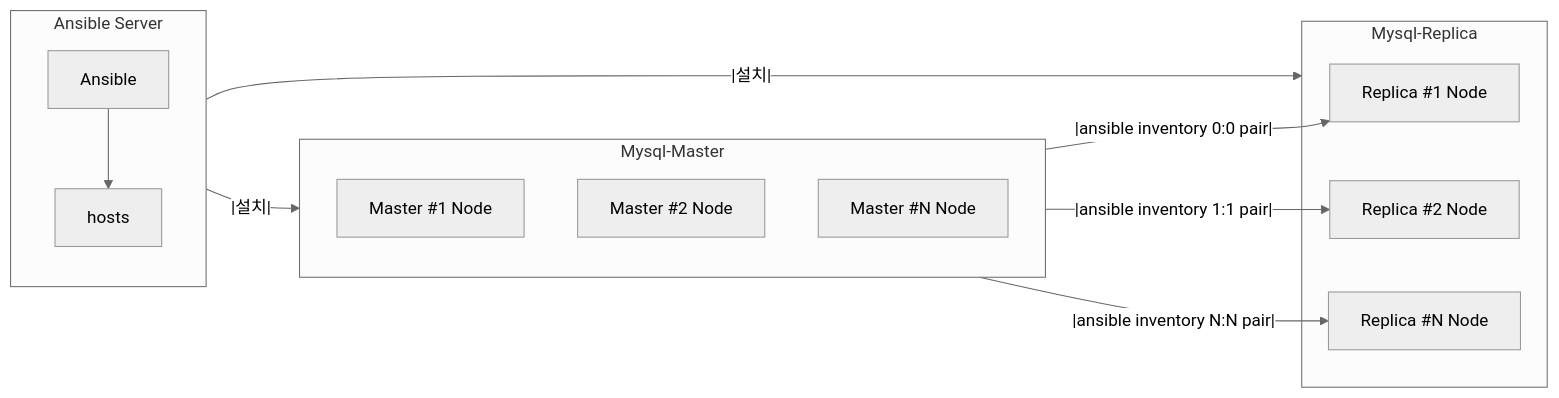
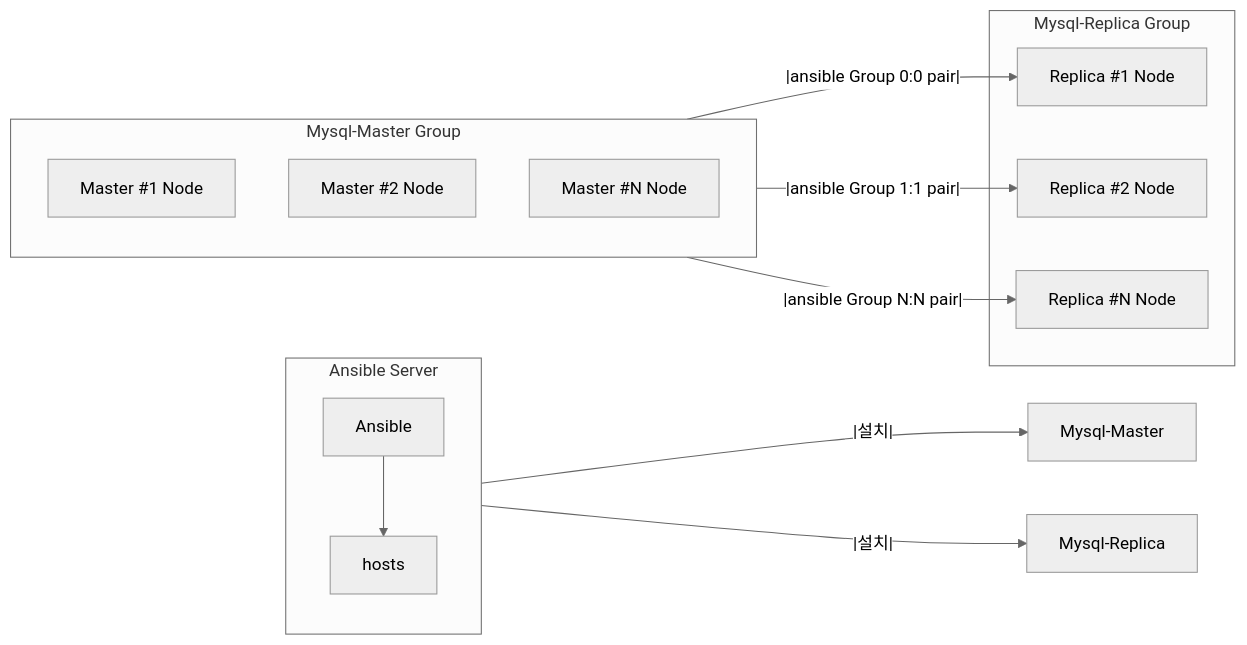
Before and after one commit to QubitSecurity/howto: the diagram in rocky9/app/mysql/ansible_install/readme.md, drawn with Mermaid (neutral theme).

````diff
--- a/rocky9/app/mysql/ansible_install/readme.md
+++ b/rocky9/app/mysql/ansible_install/readme.md
@@ -31,40 +31,40 @@
 ```mermaid
 graph LR;
 
     %% Define layout direction and spacing
     %% style Ansible_Server fill:#f9f,stroke:#333,stroke-width:2px,height:200px;
     %% style Zookeeper fill:#cfc,stroke:#333,stroke-width:2px;
 
 
     %% Ansible Server Section
     subgraph Ansible_Server[Ansible Server]
         direction TB
         Ansible1[Ansible]
         hosts[hosts]
         
         Ansible1 --> hosts
     end
 
     %% Zookeeper Section
-    subgraph Mysql-Master
+    subgraph Mysql-Master Group
         direction TB
         Master1[Master #1 Node]
 		Master2[Master #2 Node]
 		MasterN[Master #N Node]
 		
 	end
 	    
-	subgraph Mysql-Replica
+	subgraph Mysql-Replica Group
         Replica1[Replica #1 Node]      
         Replica2[Replica #2 Node]
         ReplicaN[Replica #N Node]
     end
 
 
     hosts --|설치|--> Mysql-Master
 	hosts --|설치|--> Mysql-Replica
 
-    Master1 --|ansible inventory 0:0 pair|--> Replica1
-    Master2 --|ansible inventory 1:1 pair|--> Replica2
-    MasterN --|ansible inventory N:N pair|--> ReplicaN
+    Master1 --|ansible Group 0:0 pair|--> Replica1
+    Master2 --|ansible Group 1:1 pair|--> Replica2
+    MasterN --|ansible Group N:N pair|--> ReplicaN
 ```
````
